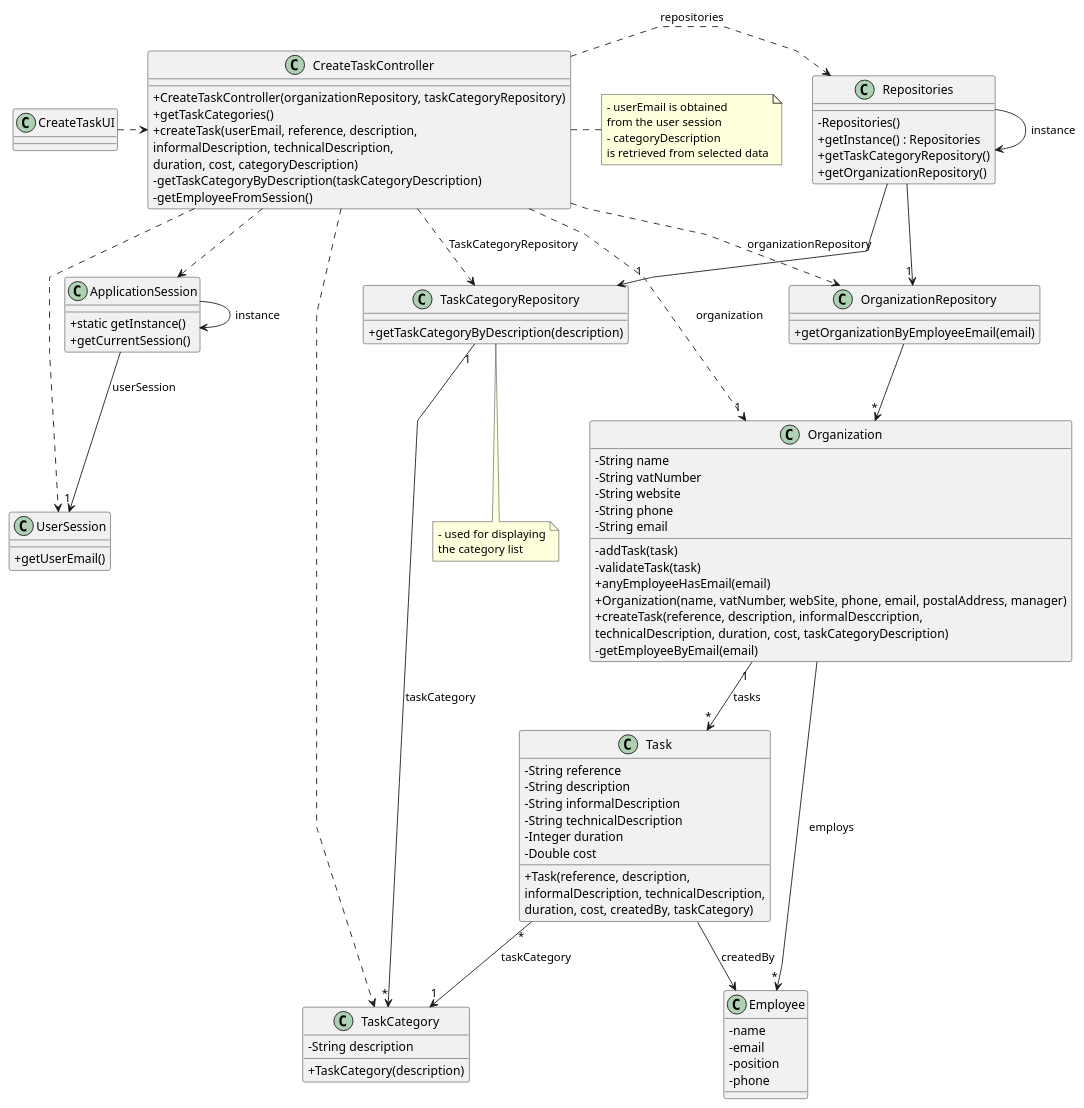
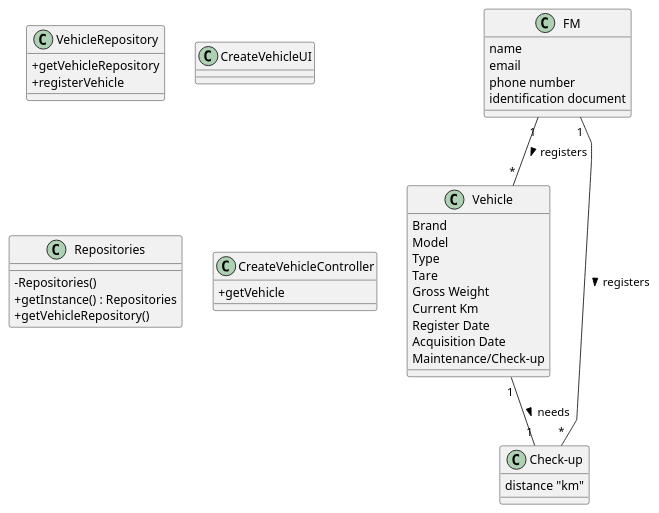
The diagram in docs/sprintB/us006/03.design/puml/us006-class-diagram.puml (Departamento-de-Engenharia-Informatica/lei-24-s2-1dl-g121), drawn with PlantUML before and after one commit. The commit also changed 2 other files, not shown here.

```diff
--- a/docs/sprintB/us006/03.design/puml/us006-class-diagram.puml
+++ b/docs/sprintB/us006/03.design/puml/us006-class-diagram.puml
@@ -1,131 +1,62 @@
 @startuml
 'skinparam monochrome true
 skinparam packageStyle rectangle
 skinparam shadowing false
 skinparam linetype polyline
 'skinparam linetype orto
 
 skinparam classAttributeIconSize 0
 
 'left to right direction
 
 ' vehicle Repository !!!1
-class ApplicationSession
-{
-    + static getInstance()
-    + getCurrentSession()
+class VehicleRepository{
+    +getVehicleRepository
+    +registerVehicle
 }
 
-class UserSession
-{
-    + getUserEmail()
-}
+class CreateVehicleUI{
 
-class Employee {
-    - name
-    - email
-    - position
-    - phone
-}
-
-class Task {
-    - String reference
-    - String description
-    - String informalDescription
-    - String technicalDescription
-    - Integer duration
-    - Double cost
-
-    + Task(reference, description,\ninformalDescription, technicalDescription,\nduration, cost, createdBy, taskCategory)
-}
-
-class TaskCategory {
-    - String description
-
-    + TaskCategory(description)
-}
-
-class Organization {
-    - String name
-    - String vatNumber
-    - String website
-    - String phone
-    - String email
-
-    - addTask(task)
-    - validateTask(task)
-    + anyEmployeeHasEmail(email)
-    + Organization(name, vatNumber, webSite, phone, email, postalAddress, manager)
-    + createTask(reference, description, informalDesccription,\ntechnicalDescription, duration, cost, taskCategoryDescription)
-    - getEmployeeByEmail(email)
-
-'  +saveTask(task)
-}
-
-class TaskCategoryRepository {
-    + getTaskCategoryByDescription(description)
-}
-
-class OrganizationRepository {
-    + getOrganizationByEmployeeEmail(email)
 }
 
 class Repositories {
     - Repositories()
     + getInstance() : Repositories
-    + getTaskCategoryRepository()
-    + getOrganizationRepository()
+    + getVehicleRepository()
 }
 
-class CreateTaskController {
-    + CreateTaskController(organizationRepository, taskCategoryRepository)
-    + getTaskCategories()
-    + createTask(userEmail, reference, description,\ninformalDescription, technicalDescription,\nduration, cost, categoryDescription)
-    - getTaskCategoryByDescription(taskCategoryDescription)
-    - getEmployeeFromSession()
+class CreateVehicleController{
+    +getVehicle
+
 }
 
-note right of CreateTaskController
-    - userEmail is obtained
-    from the user session
-    - categoryDescription
-    is retrieved from selected data
-end note
-
-note bottom of TaskCategoryRepository
-    - used for displaying
-    the category list
-end note
-
-class CreateTaskUI {
+class FM{
+    name
+    email
+    phone number
+    identification document
 }
 
-Repositories -> Repositories : instance
-ApplicationSession -> ApplicationSession : instance
 
-CreateTaskUI .> CreateTaskController
+class Vehicle{
+    Brand
+    Model
+    Type
+    Tare
+    Gross Weight
+    Current Km
+    Register Date
+    Acquisition Date
+    Maintenance/Check-up
+}
 
-CreateTaskController .> Repositories : repositories
+class Check-up{
+    distance "km"
+}
 
-Repositories -> "1" TaskCategoryRepository
+FM "1" -- "*" Vehicle : registers >
+FM "1" -- "*" "Check-up" : registers >
+Vehicle "1" -- "1" "Check-up" : needs >
 
-CreateTaskController ..> TaskCategory
-CreateTaskController ..> OrganizationRepository : organizationRepository
-CreateTaskController ..> TaskCategoryRepository : TaskCategoryRepository
-
-Repositories --> "1" OrganizationRepository
-
-OrganizationRepository --> "*" Organization
-ApplicationSession --> "1" UserSession : userSession
-
-CreateTaskController ..> "1" Organization : organization
-CreateTaskController ..> ApplicationSession
-CreateTaskController ..> UserSession
-Task "*" --> "1" TaskCategory : taskCategory
-TaskCategoryRepository "1" --> "*" TaskCategory : taskCategory
-Organization "1" --> "*" Task : tasks
-Task --> Employee : createdBy
-
-Organization --> "*" Employee : employs
 
 @enduml
```
